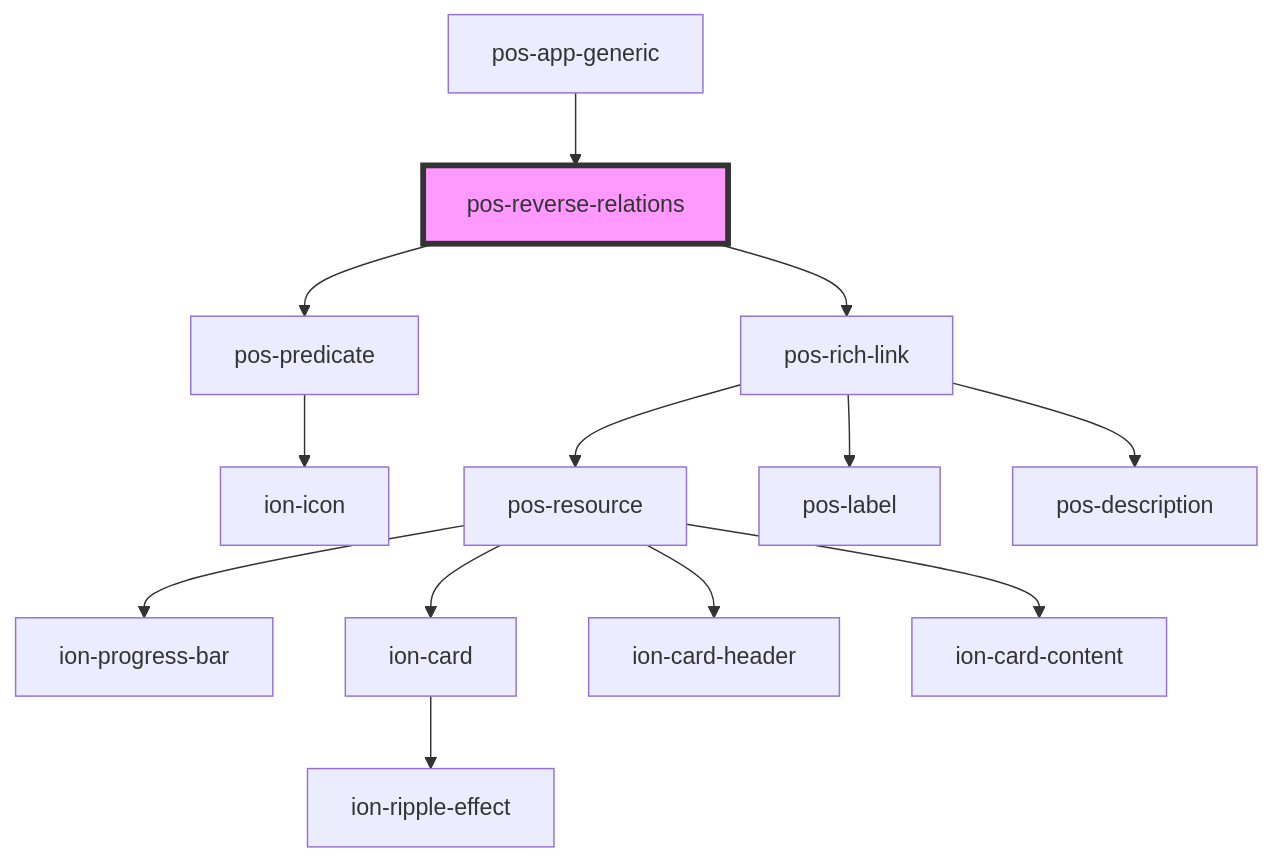
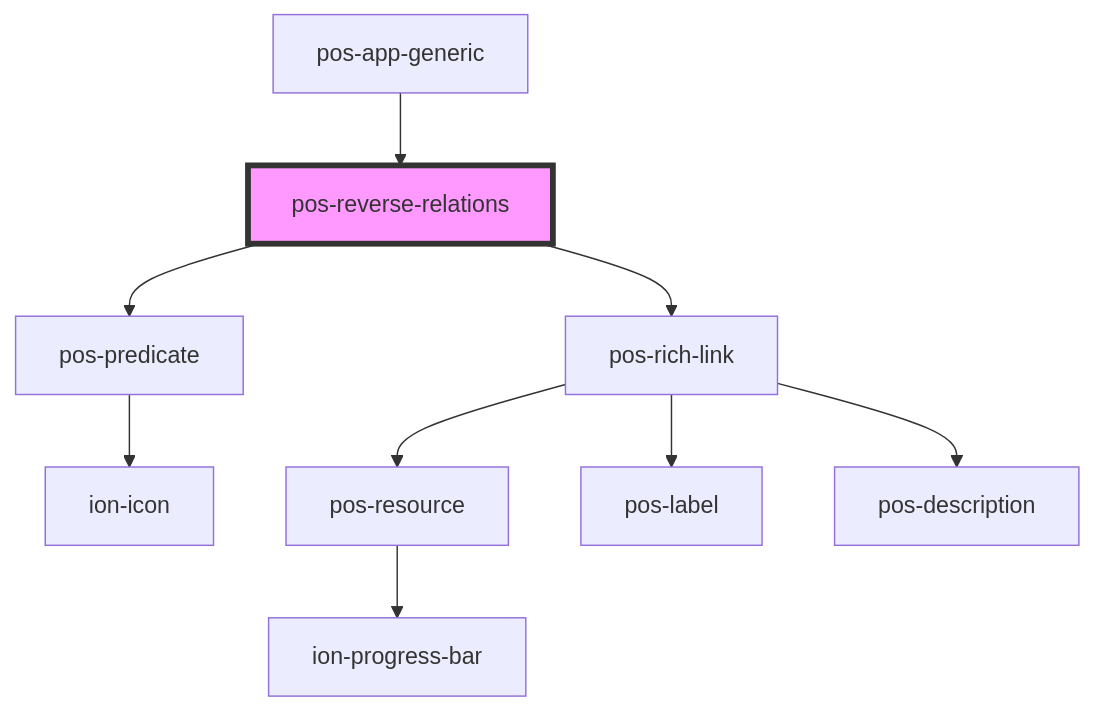
One commit to pod-os/PodOS changed the diagram in docs/elements/components/pos-reverse-relations/readme.md. Above: the diagram before and after it, drawn with Mermaid. The commit also changed 20 other files, not shown here.

````diff
--- a/docs/elements/components/pos-reverse-relations/readme.md
+++ b/docs/elements/components/pos-reverse-relations/readme.md
@@ -27,16 +27,12 @@
 ```mermaid
 graph TD;
   pos-reverse-relations --> pos-predicate
   pos-reverse-relations --> pos-rich-link
   pos-predicate --> ion-icon
   pos-rich-link --> pos-resource
   pos-rich-link --> pos-label
   pos-rich-link --> pos-description
   pos-resource --> ion-progress-bar
-  pos-resource --> ion-card
-  pos-resource --> ion-card-header
-  pos-resource --> ion-card-content
-  ion-card --> ion-ripple-effect
   pos-app-generic --> pos-reverse-relations
   style pos-reverse-relations fill:#f9f,stroke:#333,stroke-width:4px
 ```
````
